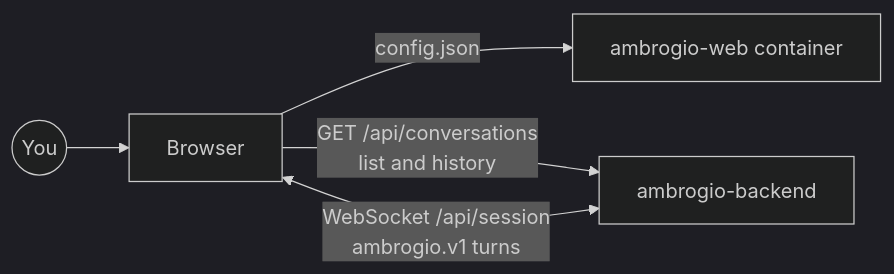
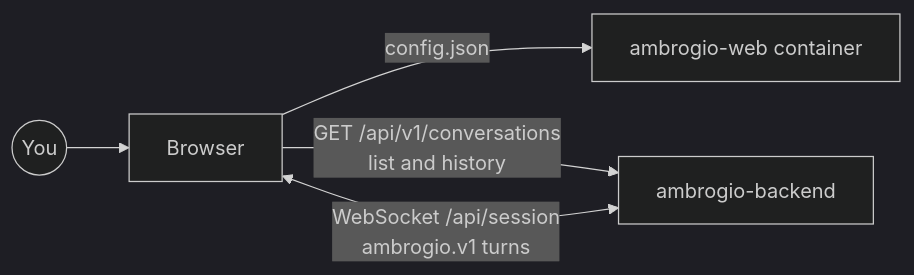
One commit to ambrogio-app/ambrogio-web changed the diagram in README.md. Above: the diagram before and after it, drawn with Mermaid (dark theme). The commit also changed 14 other files, not shown here.

````diff
--- a/README.md
+++ b/README.md
@@ -25,7 +25,7 @@
 ```mermaid
 flowchart LR
     U((You)) --> B[Browser]
     B -- "config.json" --> W[ambrogio-web container]
-    B -- "GET /api/conversations<br/>list and history" --> A[ambrogio-backend]
+    B -- "GET /api/v1/conversations<br/>list and history" --> A[ambrogio-backend]
     B <-- "WebSocket /api/session<br/>ambrogio.v1 turns" --> A
 ```
````
